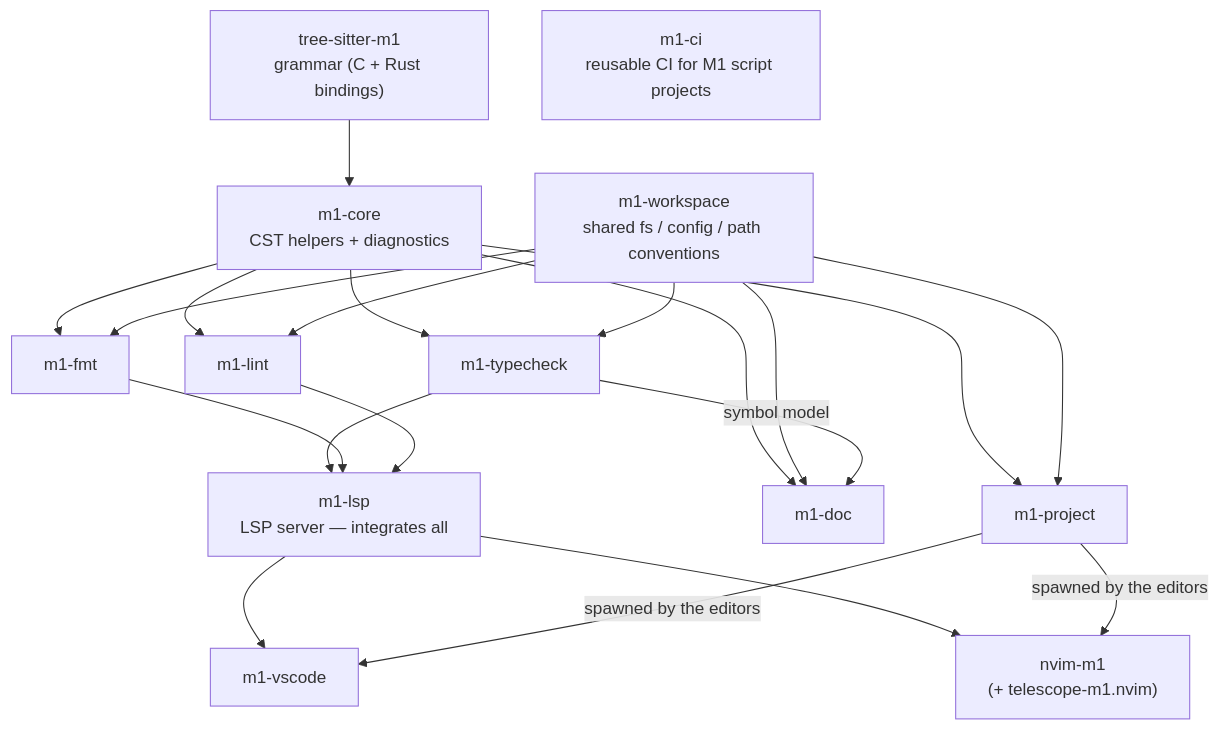
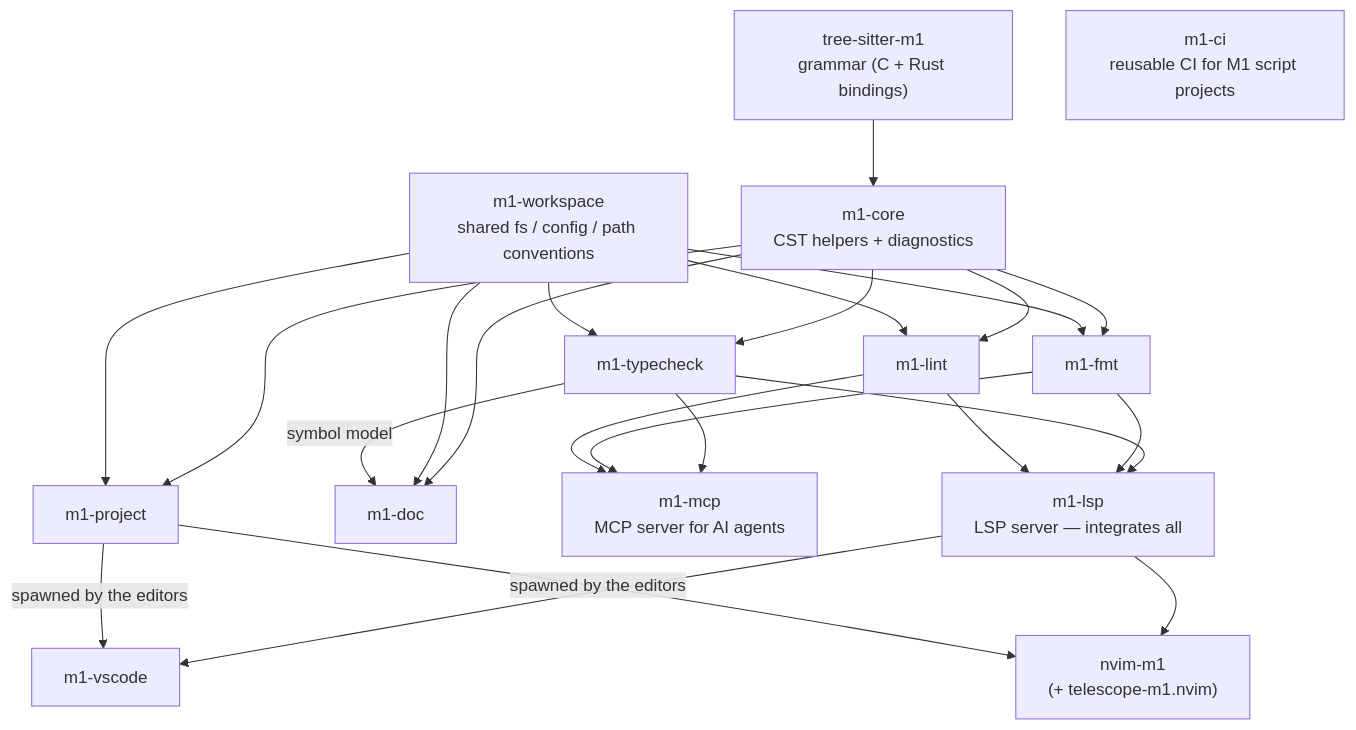
The diagram in README.md (C-Nucifora/m1-tools), drawn with Mermaid before and after one commit. The commit also changed other lines of this file and 2 other files, not shown here.

First line of the commit message:
Add m1-mcp to the toolchain (#57)

````diff
--- a/README.md
+++ b/README.md
@@ -70,28 +71,30 @@
 ```mermaid
 %% Arrows point downstream — from a crate to the repos that consume it.
 %% Repos depend on each other via versioned git tags, so a release
 %% propagates down this graph through consumer-bump PRs.
 graph TD
     ts["tree-sitter-m1<br/>grammar (C + Rust bindings)"]
     core["m1-core<br/>CST helpers + diagnostics"]
     ws["m1-workspace<br/>shared fs / config / path conventions"]
     tc["m1-typecheck"]
     fmt["m1-fmt"]
     lint["m1-lint"]
     proj["m1-project"]
     doc["m1-doc"]
+    mcp["m1-mcp<br/>MCP server for AI agents"]
     lsp["m1-lsp<br/>LSP server — integrates all"]
     vscode["m1-vscode"]
     nvim["nvim-m1<br/>(+ telescope-m1.nvim)"]
     ci["m1-ci<br/>reusable CI for M1 script projects"]
 
     ts --> core
     core --> tc & fmt & lint & proj & doc
     ws --> tc & fmt & lint & proj & doc
     tc -->|symbol model| doc
     tc --> lsp
     fmt --> lsp
     lint --> lsp
+    tc & fmt & lint --> mcp
     lsp --> vscode & nvim
     proj -->|spawned by the editors| vscode & nvim
 ```
````
